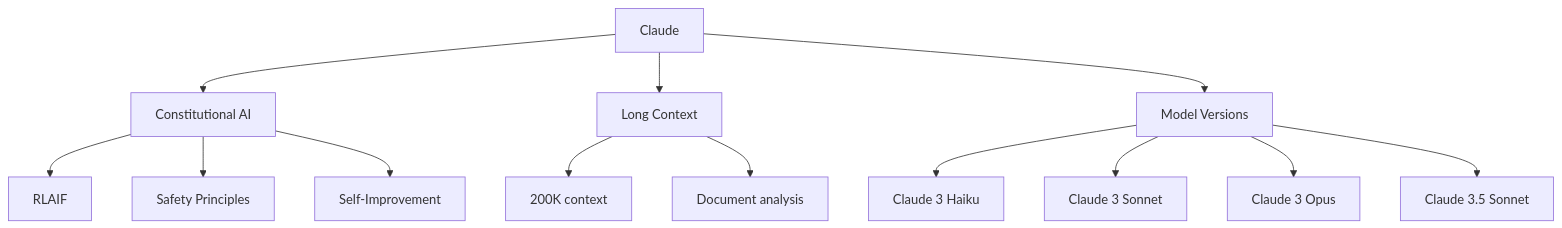
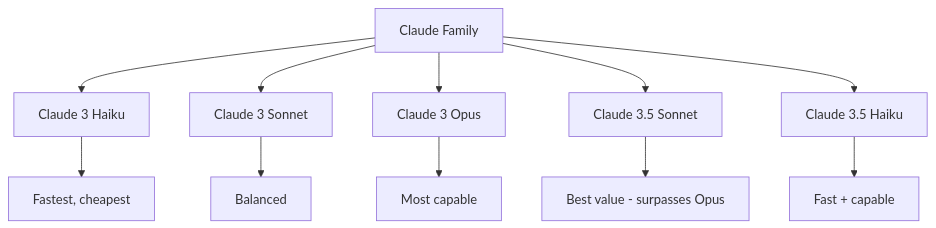
One commit to vanos001/placement_prep changed the first of 2 diagrams in src/llm/sota/claude.md. Above: the diagram before and after it, drawn with Mermaid. The commit also changed other lines of this file and 5 other files, not shown here.

````diff
--- a/src/llm/sota/claude.md
+++ b/src/llm/sota/claude.md
@@ -7,18 +9,13 @@
 ```mermaid
 graph TD
-    A[Claude] --> B[Constitutional AI]
-    A --> C[Long Context]
-    A --> D[Model Versions]
-    
-    B --> B1[RLAIF]
-    B --> B2[Safety Principles]
-    B --> B3[Self-Improvement]
-    
-    C --> C1["200K context"]
-    C --> C2[Document analysis]
-    
-    D --> D1[Claude 3 Haiku]
-    D --> D2[Claude 3 Sonnet]
-    D --> D3[Claude 3 Opus]
-    D --> D4[Claude 3.5 Sonnet]
+    A[Claude Family] --> B[Claude 3 Haiku]
+    A --> C[Claude 3 Sonnet]
+    A --> D[Claude 3 Opus]
+    A --> E[Claude 3.5 Sonnet]
+    A --> F[Claude 3.5 Haiku]
+    B --> B1[Fastest, cheapest]
+    C --> C1[Balanced]
+    D --> D1[Most capable]
+    E --> E1[Best value - surpasses Opus]
+    F --> F1[Fast + capable]
 ```
````
